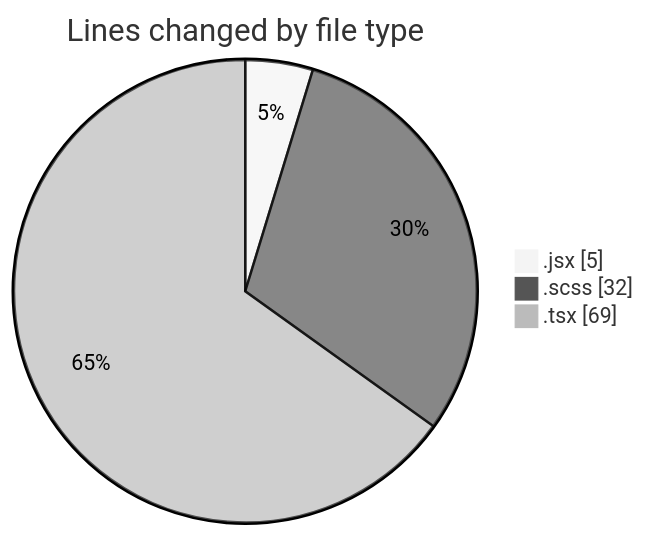
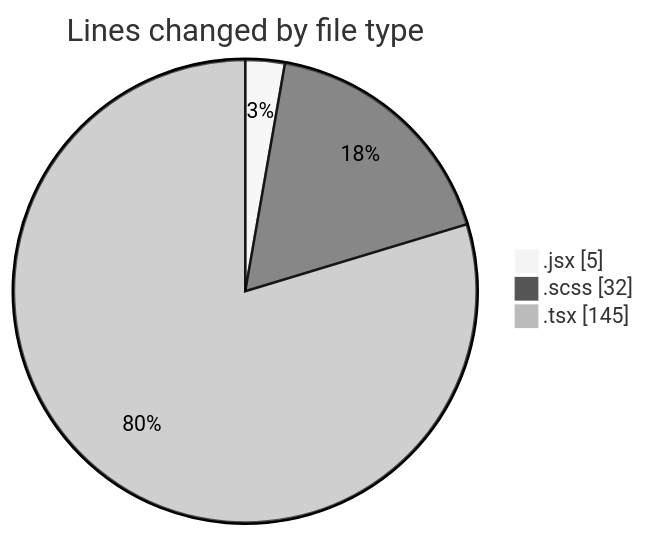
One commit to momahboobian/code-tracking changed the first of 2 diagrams in 2025-06-06/cda/README.md. Above: the diagram before and after it, drawn with Mermaid (neutral theme). The commit also changed other lines of this file and 1 other file, not shown here.

````diff
--- a/2025-06-06/cda/README.md
+++ b/2025-06-06/cda/README.md
@@ -23,7 +23,7 @@
 ```mermaid
 pie showData
 title Lines changed by file type
 ".jsx" : 5
 ".scss" : 32
-".tsx" : 69
+".tsx" : 145
 ```
````
